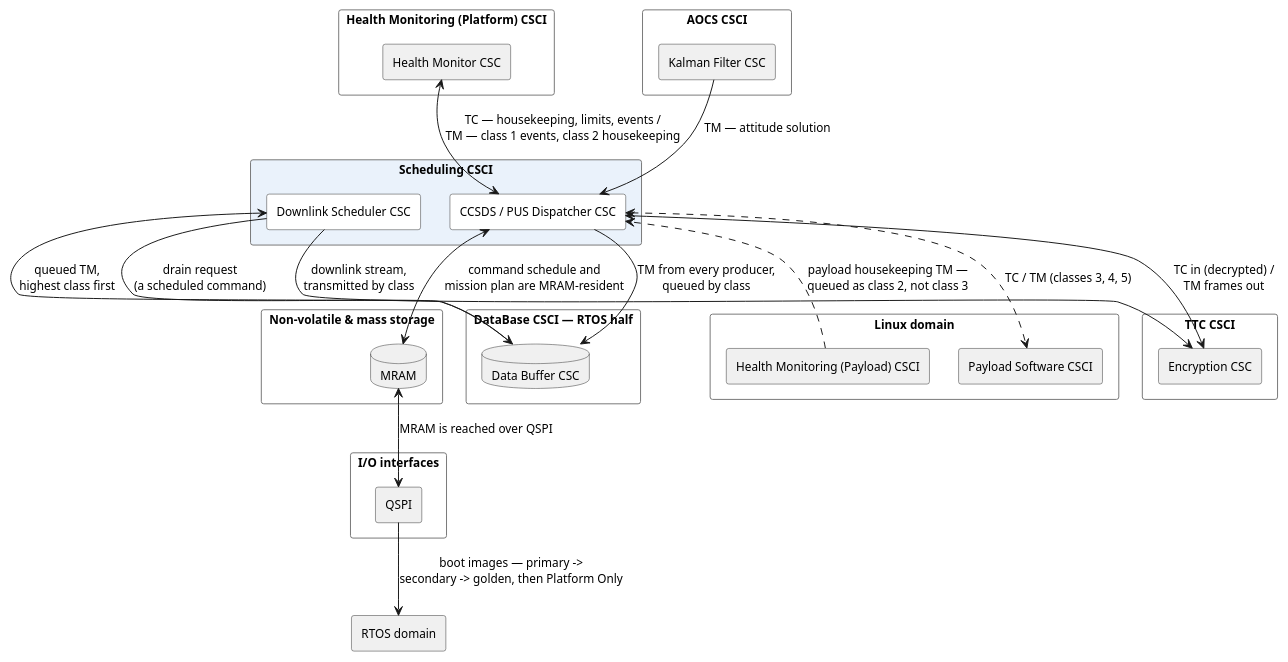
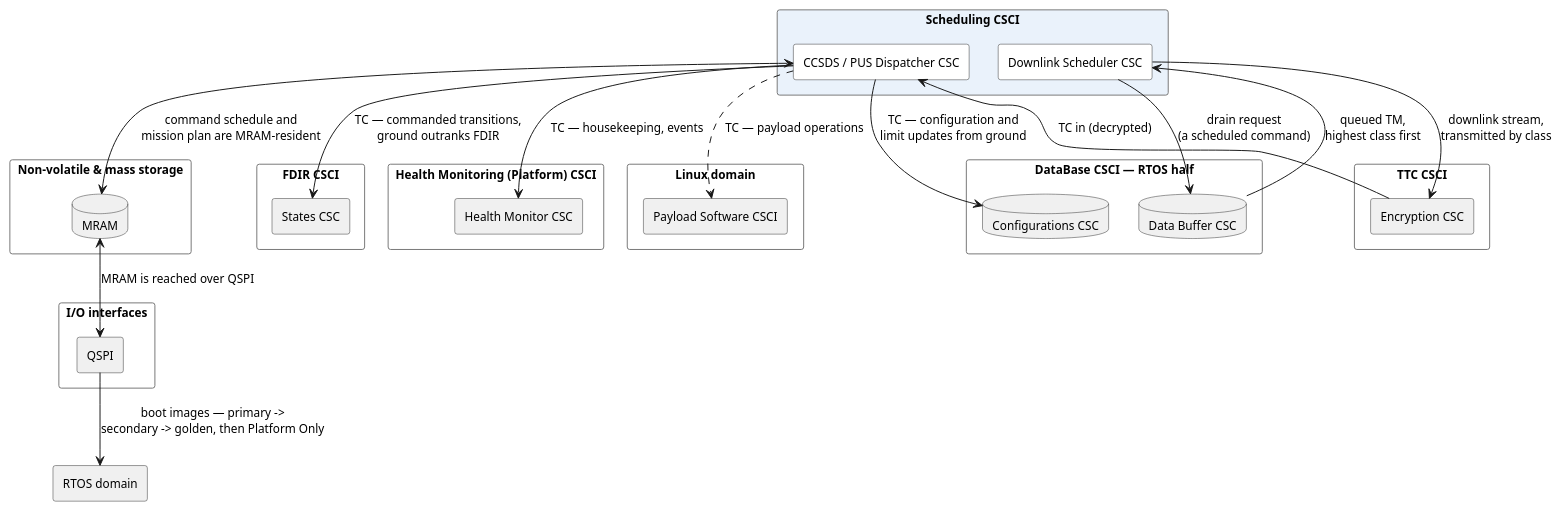
Before and after one commit to seapit/urban-memory: the diagram in docs/puml/obc-csci-scheduling.puml, drawn with PlantUML. The commit also changed 7 other files, not shown here.

Commit message:
fix diagrams

```diff
--- a/docs/puml/obc-csci-scheduling.puml
+++ b/docs/puml/obc-csci-scheduling.puml
@@ -1,72 +1,71 @@
 @startuml
 ' Scheduling CSCI — the CSCI in full, with every relation that crosses its boundary.
 ' Everything drawn in grey is context: it is shown only far enough to say what
 ' this CSCI talks to. The whole picture is in obc-csci-full.puml.
 ' GENERATED from obc-csci-full.puml — edit that file, then re-run split.py.
 
 skinparam componentStyle rectangle
 skinparam packageStyle rectangle
 skinparam shadowing false
 skinparam nodesep 30
 skinparam ranksep 58
 skinparam defaultFontSize 12
 skinparam wrapWidth 240
 skinparam package {
   BackgroundColor #FFFFFF
   BorderColor #777777
 }
 skinparam component {
   BackgroundColor #FFFFFF
   BorderColor #333333
 }
 skinparam database {
   BackgroundColor #FFFFFF
   BorderColor #333333
 }
 
 ' ---------------------------------------------- the CSCI under view
 package "Scheduling CSCI" as SCHED #EAF2FB {
   component "CCSDS / PUS Dispatcher CSC" as CCSDS
   component "Downlink Scheduler CSC" as DLSCHED
 }
 
 ' ---------------------------------------------- context only
 package "TTC CSCI" as TTC {
   component "Encryption CSC" as ENC #F0F0F0
 }
 package "DataBase CSCI — RTOS half" as DBRT {
   database "Data Buffer CSC" as DBUF #F0F0F0
+  database "Configurations CSC" as CFG #F0F0F0
 }
 package "Non-volatile & mass storage" as STORE {
   database "MRAM" as MRAM #F0F0F0
 }
+package "FDIR CSCI" as FDIR {
+  component "States CSC" as STATES #F0F0F0
+}
 package "Health Monitoring (Platform) CSCI" as HM {
   component "Health Monitor CSC" as HMON #F0F0F0
 }
-package "AOCS CSCI" as AOCS {
-  component "Kalman Filter CSC" as FILTER #F0F0F0
-}
 package "Linux domain" as LINDOM {
-  component "Health Monitoring (Payload) CSCI" as PHM #F0F0F0
   component "Payload Software CSCI" as PAY #F0F0F0
 }
 package "I/O interfaces" as IFACE {
   component "QSPI" as QSPI #F0F0F0
 }
 component "RTOS domain" as RTOSDOM #F0F0F0
 
 ' ---------------------------------------------- across its boundary
-ENC <--> CCSDS : TC in (decrypted) /\nTM frames out
+ENC --> CCSDS : TC in (decrypted)
 DLSCHED --> ENC : downlink stream,\ntransmitted by class
-CCSDS --> DBUF : TM from every producer,\nqueued by class
 DLSCHED --> DBUF : drain request\n(a scheduled command)
 DBUF --> DLSCHED : queued TM,\nhighest class first
 CCSDS <--> MRAM : command schedule and\nmission plan are MRAM-resident
-HMON <--> CCSDS : TC — housekeeping, limits, events /\nTM — class 1 events, class 2 housekeeping
-FILTER --> CCSDS : TM — attitude solution
-PHM ..> CCSDS : payload housekeeping TM —\nqueued as class 2, not class 3
-CCSDS <..> PAY : TC / TM (classes 3, 4, 5)
+CCSDS --> CFG : TC — configuration and\nlimit updates from ground
+CCSDS --> STATES : TC — commanded transitions,\nground outranks FDIR
+CCSDS --> HMON : TC — housekeeping, events
+CCSDS ..> PAY : TC — payload operations
 MRAM <--> QSPI : MRAM is reached over QSPI
 QSPI --> RTOSDOM : boot images — primary ->\nsecondary -> golden, then Platform Only
 
 @enduml
```
